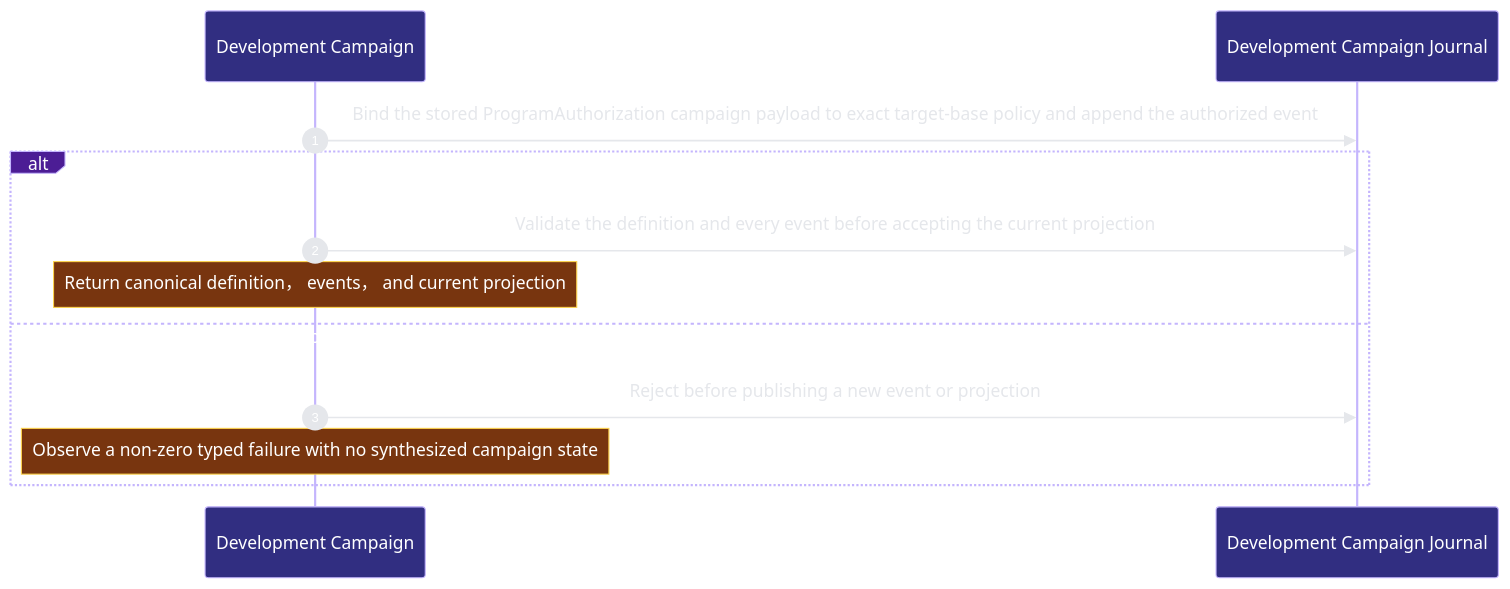
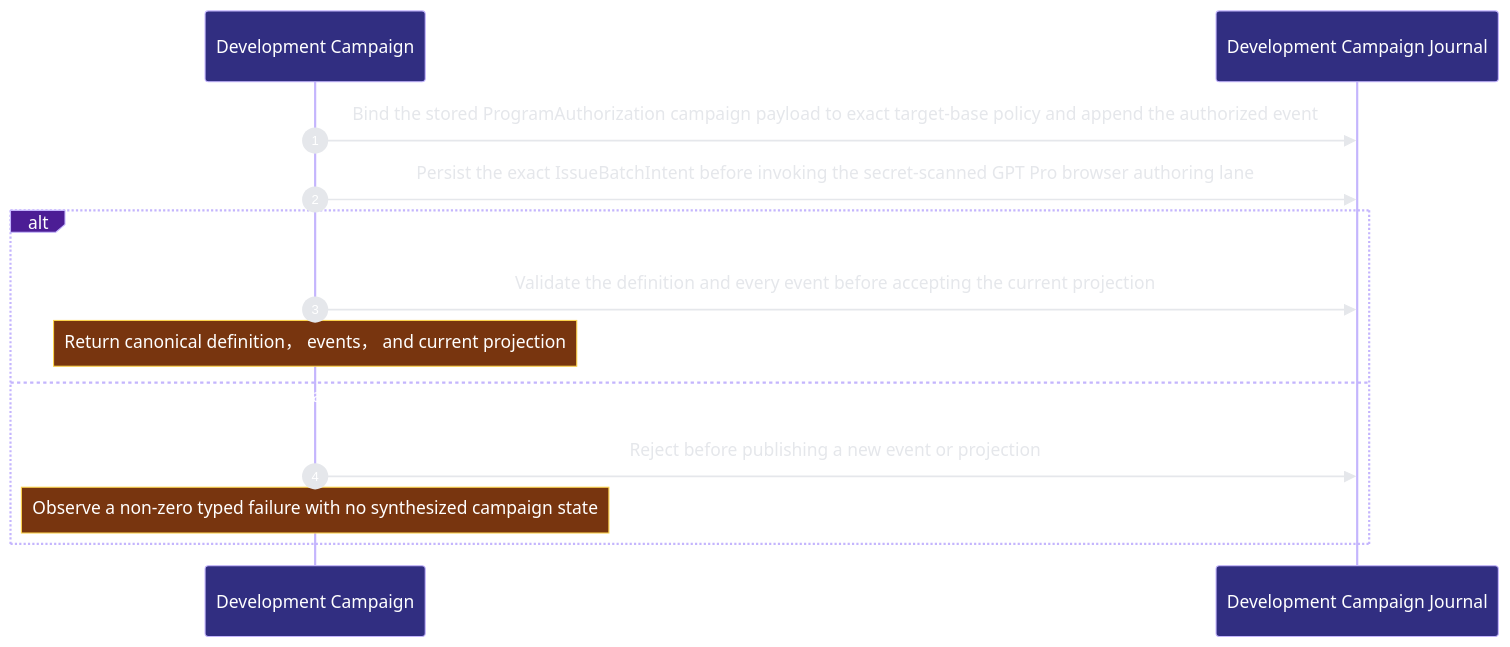
Before and after one commit to Ancienttwo/repo-harness: the second of 2 diagrams in docs/architecture/modules/runtime-harness/development-campaign.md, drawn with Mermaid. The commit also changed other lines of this file and 25 other files, not shown here.

Commit message:
feat(campaign): add GPT Pro issue authoring lane

````diff
--- a/docs/architecture/modules/runtime-harness/development-campaign.md
+++ b/docs/architecture/modules/runtime-harness/development-campaign.md
@@ -63,15 +65,16 @@
 ```mermaid
 %%{init: {"theme":"base","themeVariables":{"background":"#0d1117","actorBkg":"#312e81","actorBorder":"#c4b5fd","actorTextColor":"#ffffff","signalColor":"#e5e7eb","signalTextColor":"#e5e7eb","labelBoxBkgColor":"#4c1d95","labelBoxBorderColor":"#c4b5fd","labelTextColor":"#ffffff","noteBkgColor":"#78350f","noteBorderColor":"#fcd34d","noteTextColor":"#ffffff","sequenceNumberColor":"#ffffff"}}}%%
 sequenceDiagram
   autonumber
   participant p2_operator_97b83da8 as Development Campaign
   participant p2_journal_6b53b807 as Development Campaign Journal
   p2_operator_97b83da8->>p2_journal_6b53b807: Bind the stored ProgramAuthorization campaign payload to exact target-base policy and append the authorized event
+  p2_operator_97b83da8->>p2_journal_6b53b807: Persist the exact IssueBatchIntent before invoking the secret-scanned GPT Pro browser authoring lane
   alt Rebuild current from the immutable event chain
   p2_operator_97b83da8->>p2_journal_6b53b807: Validate the definition and every event before accepting the current projection
     Note over p2_operator_97b83da8: Return canonical definition， events， and current projection
-  else Disabled policy， unavailable intake， stale grant， exceeded limits， or conflicting replay fails closed
+  else Disabled policy， unavailable intake， stale grant， exceeded limits， profile mismatch， secret finding， or conflicting replay fails closed
   p2_operator_97b83da8->>p2_journal_6b53b807: Reject before publishing a new event or projection
     Note over p2_operator_97b83da8: Observe a non-zero typed failure with no synthesized campaign state
   end
 ```
````
